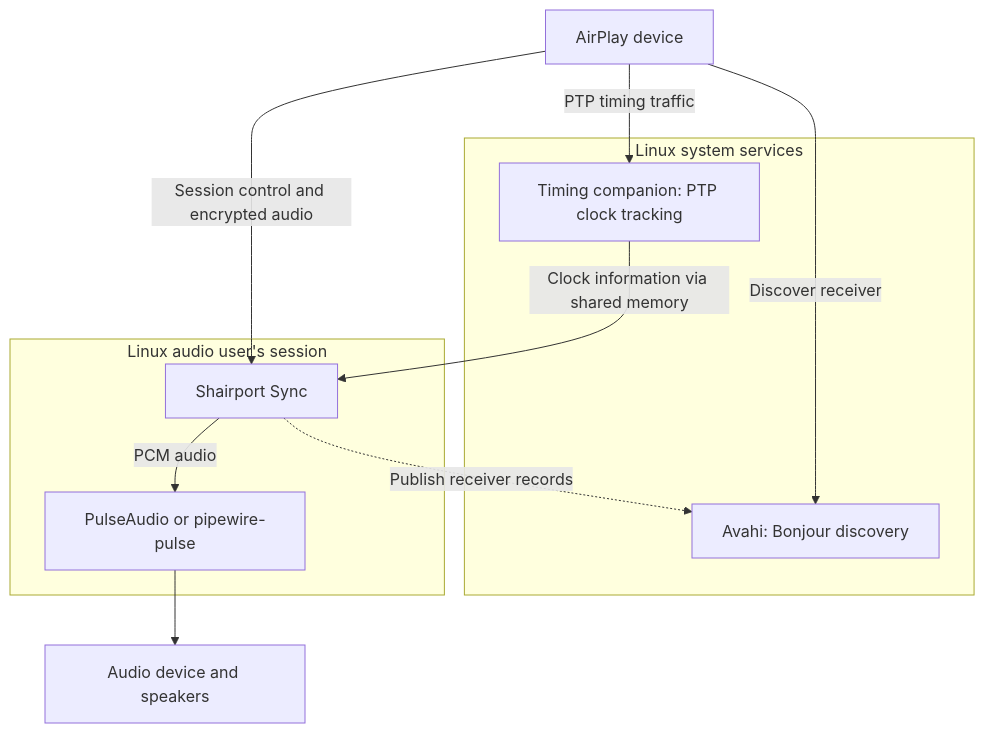
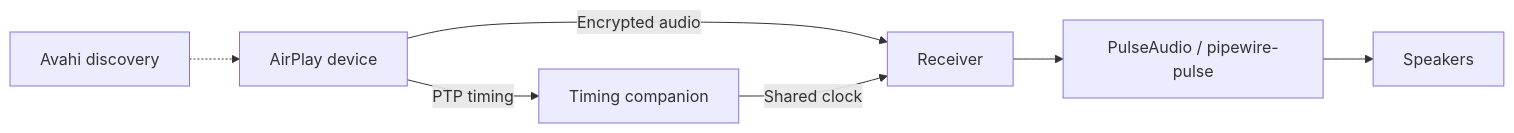
One commit to gstn-caruso/shairport-2 changed the diagram in README.md. Above: the diagram before and after it, drawn with Mermaid. The commit also changed other lines of this file and 16 other files, not shown here.

````diff
--- a/README.md
+++ b/README.md
@@ -37,20 +23,9 @@
 ```mermaid
-flowchart TD
-    sender["AirPlay device"]
-    subgraph system["Linux system services"]
-        avahi["Avahi: Bonjour discovery"]
-        timing["Timing companion: PTP clock tracking"]
-    end
-    subgraph user["Linux audio user's session"]
-        receiver["Shairport Sync"]
-        audio["PulseAudio or pipewire-pulse"]
-    end
-    speakers["Audio device and speakers"]
-    sender -->|"Discover receiver"| avahi
-    sender -->|"PTP timing traffic"| timing
-    sender -->|"Session control and encrypted audio"| receiver
-    receiver -.->|"Publish receiver records"| avahi
-    timing -->|"Clock information via shared memory"| receiver
-    receiver -->|"PCM audio"| audio
-    audio --> speakers
+flowchart LR
+    sender[AirPlay device] -->|Encrypted audio| receiver[Receiver]
+    sender -->|PTP timing| timing[Timing companion]
+    timing -->|Shared clock| receiver
+    receiver --> audio[PulseAudio / pipewire-pulse]
+    audio --> speakers[Speakers]
+    avahi[Avahi discovery] -.-> sender
 ```
````
